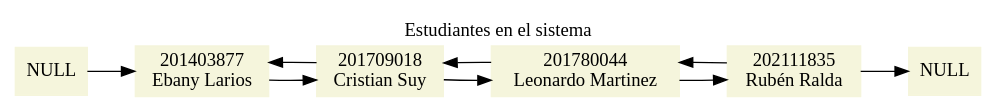
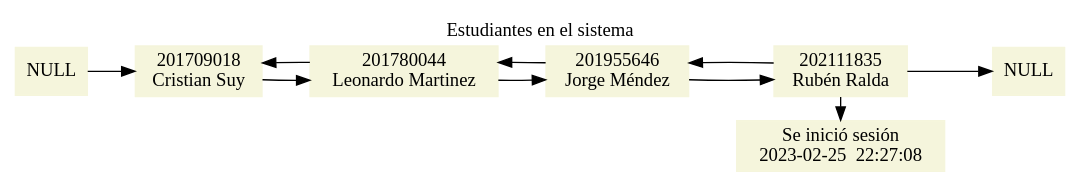
One commit to rubenralda/EDD_1S2023_PY_202111835 changed the diagram in EDD_Proyecto1_Fase1/textos/aceptados.dot. Above: the diagram before and after it, drawn with Graphviz. The commit also changed 8 other files, not shown here.

```diff
--- a/EDD_Proyecto1_Fase1/textos/aceptados.dot
+++ b/EDD_Proyecto1_Fase1/textos/aceptados.dot
@@ -1,16 +1,19 @@
 digraph G{
 
 rankdir=LR; 
  node[shape=rectangle, style=filled, color=beige, fontname="Century Gothic"]; 
  graph [fontname="Century Gothic"]; 
  labelloc="t"; label="Estudiantes en el sistema"; 
 nodonull1[label="NULL"];
 nodonull2[label="NULL"];
-0[label="201403877\nEbany Larios"]
-1[label="201709018\nCristian Suy"]
-2[label="201780044\nLeonardo Martinez"]
+0[label="201709018\nCristian Suy"]
+1[label="201780044\nLeonardo Martinez"]
+2[label="201955646\nJorge Méndez"]
 3[label="202111835\nRubén Ralda"]
 nodonull1->0 -> 1 -> 2 -> 3->nodonull2;
 3 -> 2 -> 1 -> 0;
+n0[label="Se inició sesión\n2023-02-25  22:27:08"]
+3 -> n0;
+{rank=same;3,n0}
 
 }
```
